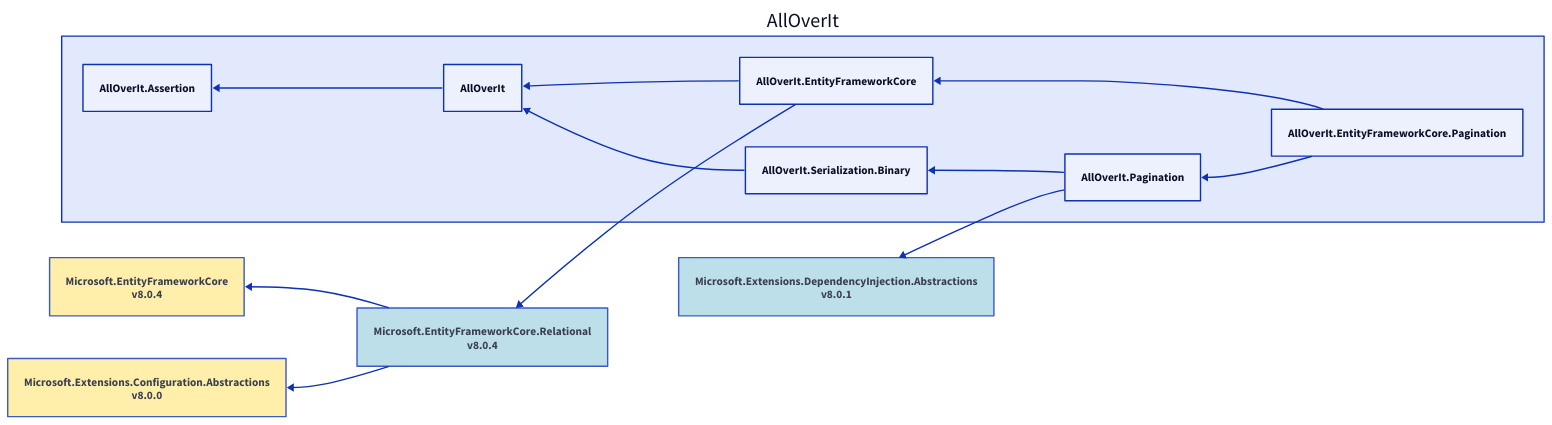
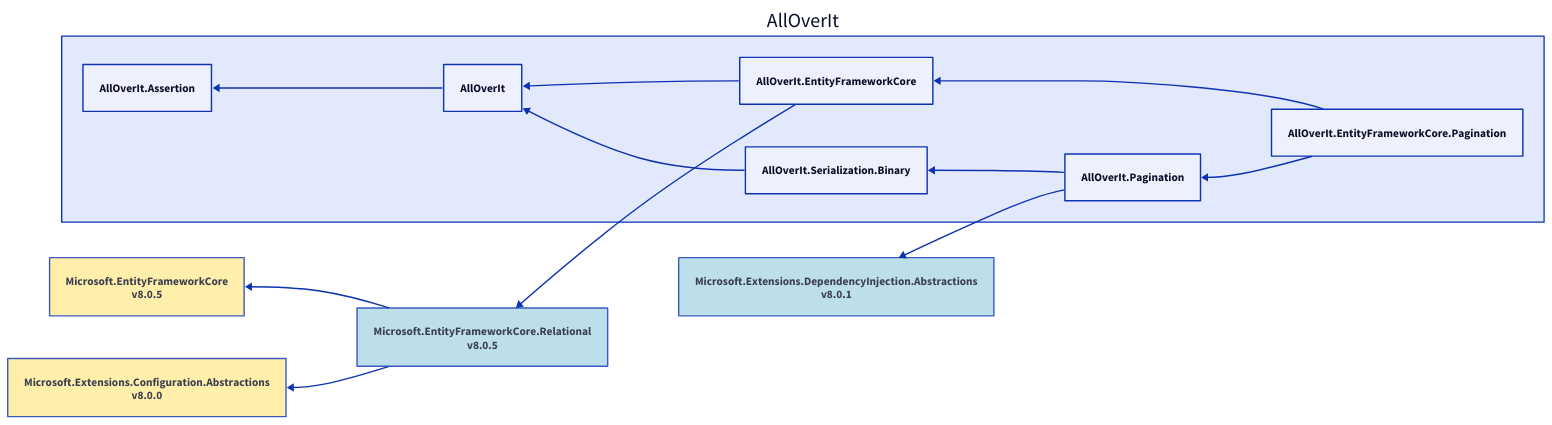
The diagram in Docs/Reference/Content/images/dependencies/net8.0/alloverit-entityframeworkcore-pagination.d2 (mjfreelancing/AllOverIt), drawn with D2 before and after one commit. The commit also changed 194 other files, not shown here.

```diff
--- a/Docs/Reference/Content/images/dependencies/net8.0/alloverit-entityframeworkcore-pagination.d2
+++ b/Docs/Reference/Content/images/dependencies/net8.0/alloverit-entityframeworkcore-pagination.d2
@@ -1,31 +1,31 @@
 direction: left
 
 aoi: AllOverIt
 aoi.alloverit-entityframeworkcore-pagination: AllOverIt.EntityFrameworkCore.Pagination
 aoi.alloverit-entityframeworkcore: AllOverIt.EntityFrameworkCore
-microsoft-entityframeworkcore-relational_8-0-4: Microsoft.EntityFrameworkCore.Relational\nv8.0.4
-microsoft-entityframeworkcore-relational_8-0-4.style.fill: "#ADD8E6"
-microsoft-entityframeworkcore-relational_8-0-4.style.opacity: 0.8
-microsoft-entityframeworkcore_8-0-4: Microsoft.EntityFrameworkCore\nv8.0.4
-microsoft-entityframeworkcore_8-0-4.style.fill: "#FFEC96"
-microsoft-entityframeworkcore_8-0-4.style.opacity: 0.8
-microsoft-entityframeworkcore_8-0-4 <- microsoft-entityframeworkcore-relational_8-0-4
+microsoft-entityframeworkcore-relational_8-0-5: Microsoft.EntityFrameworkCore.Relational\nv8.0.5
+microsoft-entityframeworkcore-relational_8-0-5.style.fill: "#ADD8E6"
+microsoft-entityframeworkcore-relational_8-0-5.style.opacity: 0.8
+microsoft-entityframeworkcore_8-0-5: Microsoft.EntityFrameworkCore\nv8.0.5
+microsoft-entityframeworkcore_8-0-5.style.fill: "#FFEC96"
+microsoft-entityframeworkcore_8-0-5.style.opacity: 0.8
+microsoft-entityframeworkcore_8-0-5 <- microsoft-entityframeworkcore-relational_8-0-5
 microsoft-extensions-configuration-abstractions_8-0-0: Microsoft.Extensions.Configuration.Abstractions\nv8.0.0
 microsoft-extensions-configuration-abstractions_8-0-0.style.fill: "#FFEC96"
 microsoft-extensions-configuration-abstractions_8-0-0.style.opacity: 0.8
-microsoft-extensions-configuration-abstractions_8-0-0 <- microsoft-entityframeworkcore-relational_8-0-4
-microsoft-entityframeworkcore-relational_8-0-4 <- aoi.alloverit-entityframeworkcore
+microsoft-extensions-configuration-abstractions_8-0-0 <- microsoft-entityframeworkcore-relational_8-0-5
+microsoft-entityframeworkcore-relational_8-0-5 <- aoi.alloverit-entityframeworkcore
 aoi.alloverit: AllOverIt
 aoi.alloverit-assertion: AllOverIt.Assertion
 aoi.alloverit-assertion <- aoi.alloverit
 aoi.alloverit <- aoi.alloverit-entityframeworkcore
 aoi.alloverit-entityframeworkcore <- aoi.alloverit-entityframeworkcore-pagination
 aoi.alloverit-pagination: AllOverIt.Pagination
 microsoft-extensions-dependencyinjection-abstractions_8-0-1: Microsoft.Extensions.DependencyInjection.Abstractions\nv8.0.1
 microsoft-extensions-dependencyinjection-abstractions_8-0-1.style.fill: "#ADD8E6"
 microsoft-extensions-dependencyinjection-abstractions_8-0-1.style.opacity: 0.8
 microsoft-extensions-dependencyinjection-abstractions_8-0-1 <- aoi.alloverit-pagination
 aoi.alloverit-serialization-binary: AllOverIt.Serialization.Binary
 aoi.alloverit <- aoi.alloverit-serialization-binary
 aoi.alloverit-serialization-binary <- aoi.alloverit-pagination
 aoi.alloverit-pagination <- aoi.alloverit-entityframeworkcore-pagination
```
